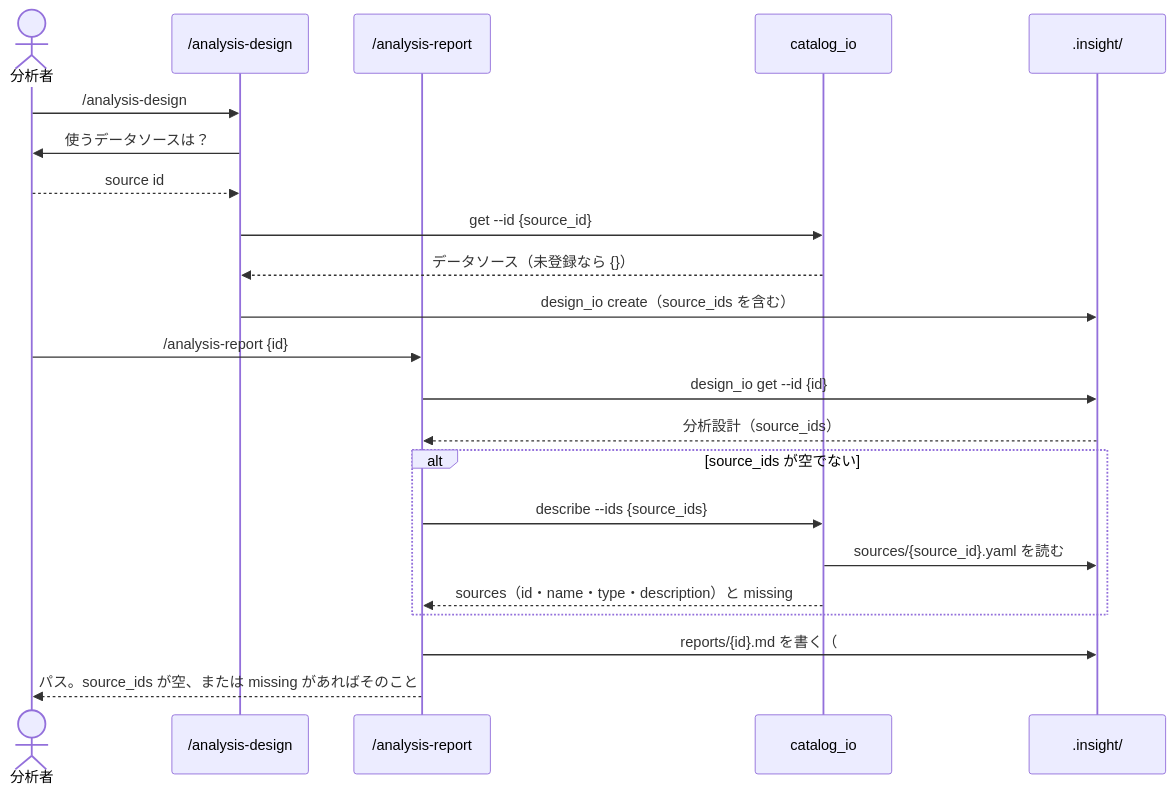
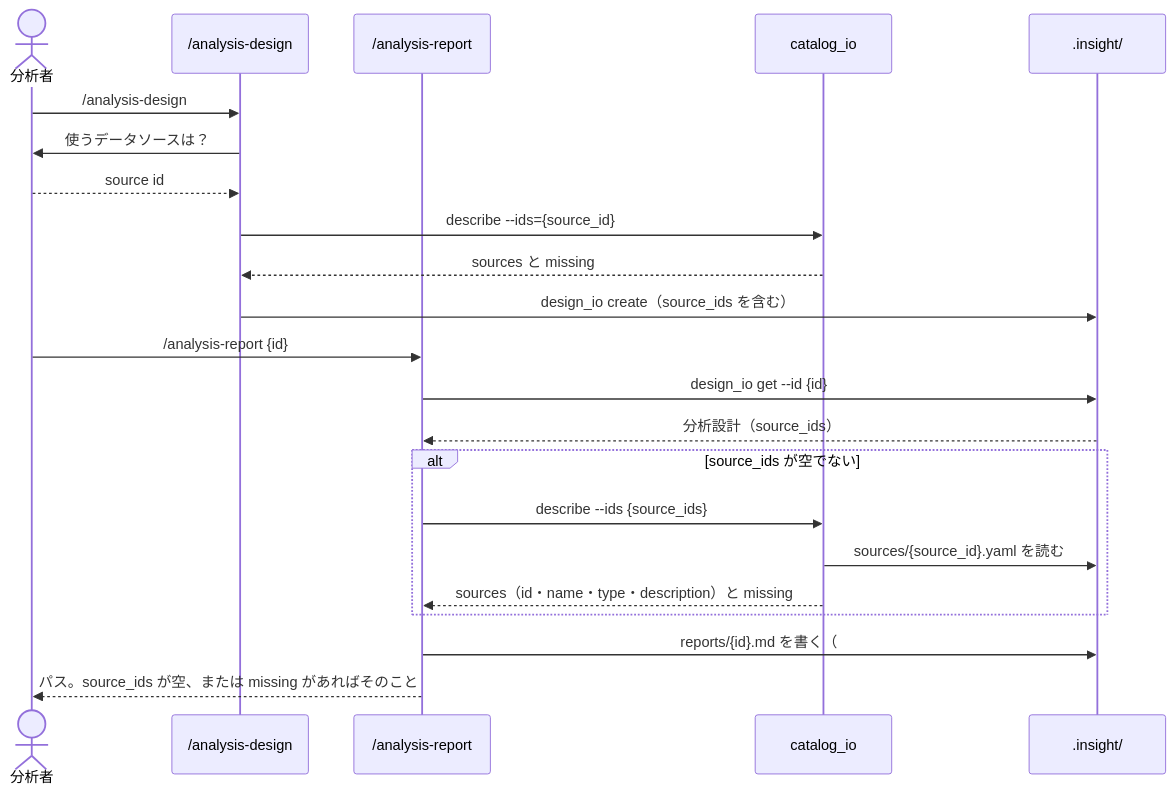
Before and after one commit to etoyama/insight-blueprint-skills: the third of 3 diagrams in docs/design/epic-15-declared-source-ids.md, drawn with Mermaid. The commit also changed other lines of this file and 16 other files, not shown here.

````diff
--- a/docs/design/epic-15-declared-source-ids.md
+++ b/docs/design/epic-15-declared-source-ids.md
@@ -160,26 +160,26 @@
 ```mermaid
 sequenceDiagram
     actor A as 分析者
     participant D as /analysis-design
     participant R as /analysis-report
     participant C as catalog_io
     participant FS as .insight/
 
     A->>D: /analysis-design
     D->>A: 使うデータソースは？
     A-->>D: source id
-    D->>C: get --id {source_id}
-    C-->>D: データソース（未登録なら {}）
+    D->>C: describe --ids={source_id}
+    C-->>D: sources と missing
     D->>FS: design_io create（source_ids を含む）
 
     A->>R: /analysis-report {id}
     R->>FS: design_io get --id {id}
     FS-->>R: 分析設計（source_ids）
     alt source_ids が空でない
         R->>C: describe --ids {source_ids}
         C->>FS: sources/{source_id}.yaml を読む
         C-->>R: sources（id・name・type・description）と missing
     end
     R->>FS: reports/{id}.md を書く（### Data の表は sources から）
     R-->>A: パス。source_ids が空、または missing があればそのこと
 ```
````
